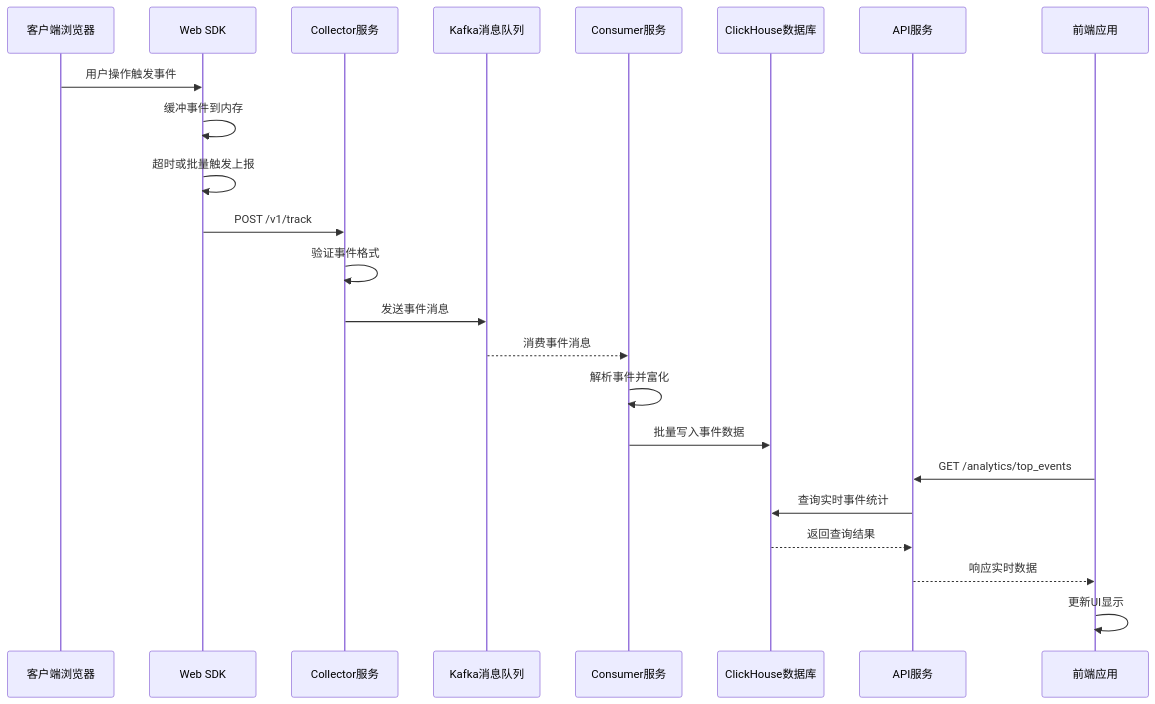
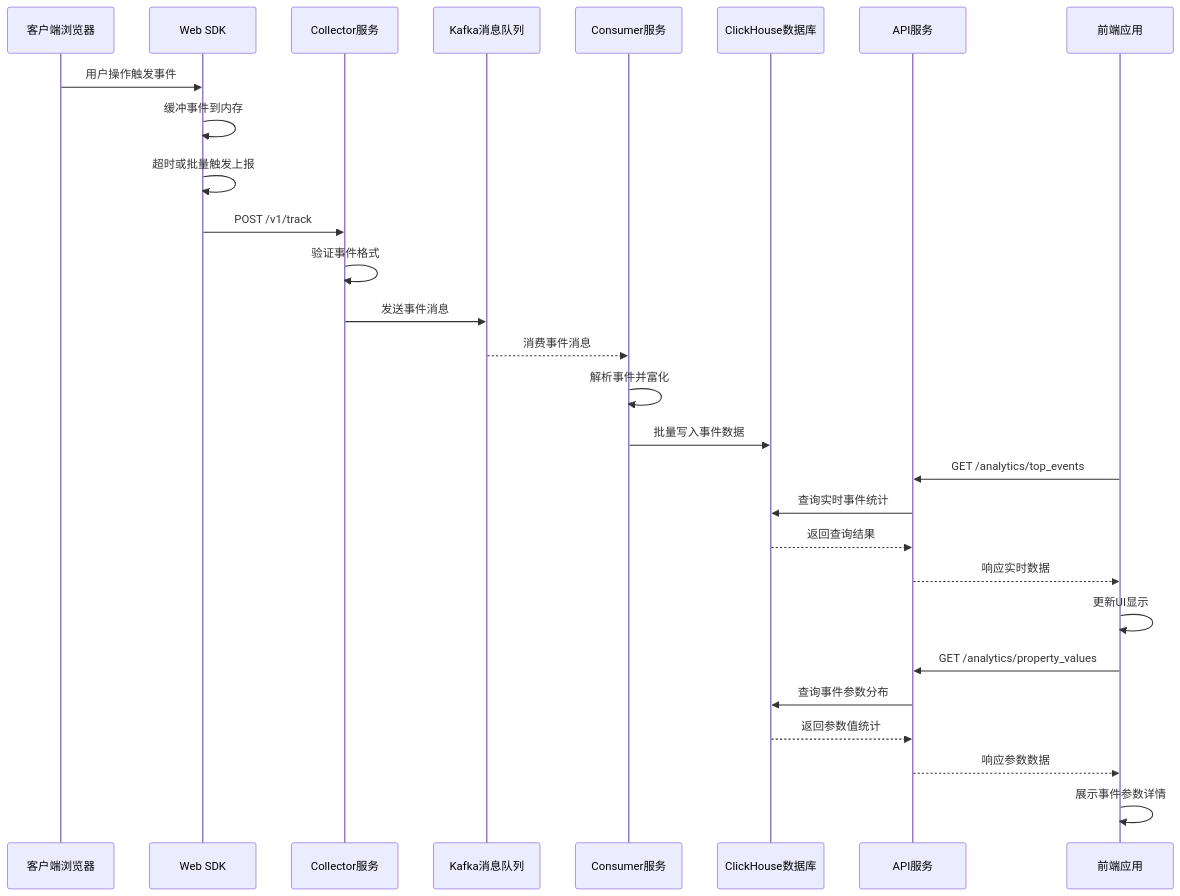
Before and after one commit to zhen-zhong/AeroLog: the fourth of 11 diagrams in .qoder/repowiki/zh/content/Web控制台/实时分析功能.md, drawn with Mermaid. The commit also changed other lines of this file and 84 other files, not shown here.

````diff
--- a/.qoder/repowiki/zh/content/Web控制台/实时分析功能.md
+++ b/.qoder/repowiki/zh/content/Web控制台/实时分析功能.md
@@ -190,25 +212,30 @@
 ```mermaid
 sequenceDiagram
 participant Client as 客户端浏览器
 participant SDK as Web SDK
 participant Collector as Collector服务
 participant Kafka as Kafka消息队列
 participant Consumer as Consumer服务
 participant ClickHouse as ClickHouse数据库
 participant API as API服务
 participant Frontend as 前端应用
 Client->>SDK : 用户操作触发事件
 SDK->>SDK : 缓冲事件到内存
 SDK->>SDK : 超时或批量触发上报
 SDK->>Collector : POST /v1/track
 Collector->>Collector : 验证事件格式
 Collector->>Kafka : 发送事件消息
 Kafka-->>Consumer : 消费事件消息
 Consumer->>Consumer : 解析事件并富化
 Consumer->>ClickHouse : 批量写入事件数据
 Frontend->>API : GET /analytics/top_events
 API->>ClickHouse : 查询实时事件统计
 ClickHouse-->>API : 返回查询结果
 API-->>Frontend : 响应实时数据
 Frontend->>Frontend : 更新UI显示
+Frontend->>API : GET /analytics/property_values
+API->>ClickHouse : 查询事件参数分布
+ClickHouse-->>API : 返回参数值统计
+API-->>Frontend : 响应参数数据
+Frontend->>Frontend : 展示事件参数详情
 ```
````
